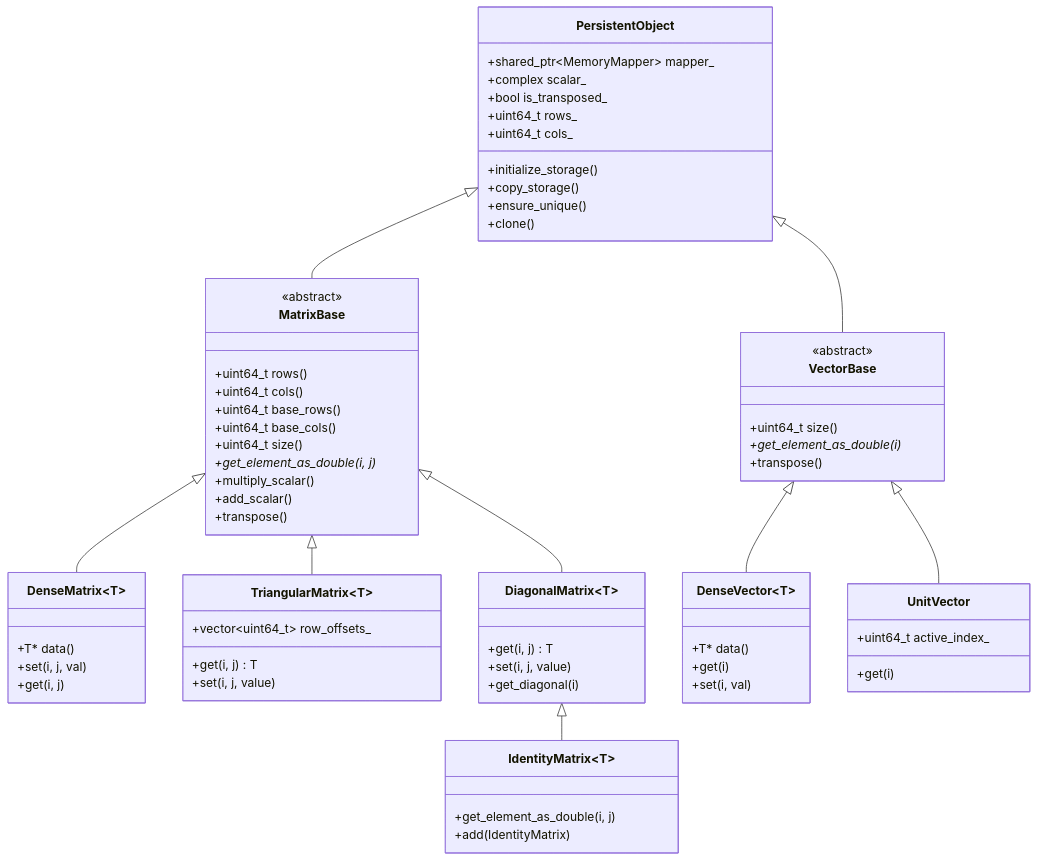
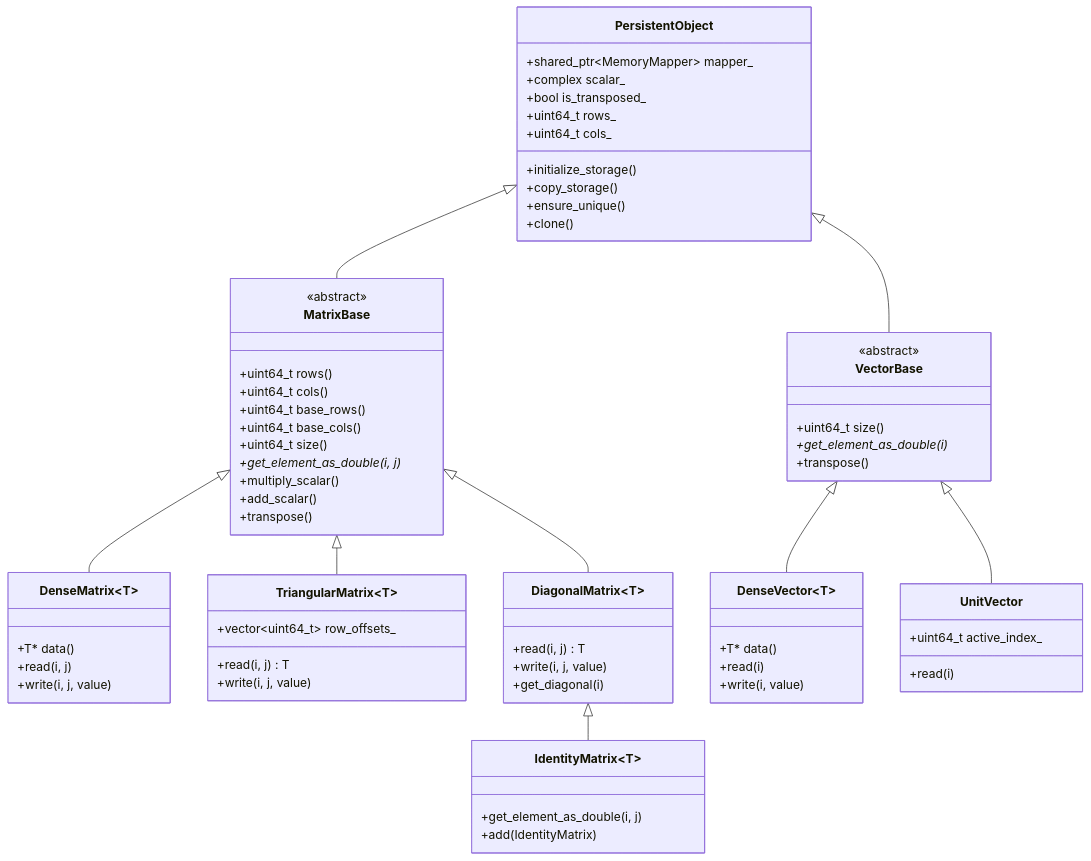
One commit to BrorH/pycauset changed the diagram in documentation/internals/Memory and Data.md. Above: the diagram before and after it, drawn with Mermaid. The commit also changed other lines of this file and 115 other files, not shown here.

````diff
--- a/documentation/internals/Memory and Data.md
+++ b/documentation/internals/Memory and Data.md
@@ -108,77 +109,77 @@
 ```mermaid
 classDiagram
     class PersistentObject {
         +shared_ptr~MemoryMapper~ mapper_
         +complex scalar_
         +bool is_transposed_
         +uint64_t rows_
         +uint64_t cols_
         +initialize_storage()
         +copy_storage()
         +ensure_unique()
         +clone()
     }
     
     class MatrixBase {
         <<abstract>>
         +uint64_t rows()
         +uint64_t cols()
         +uint64_t base_rows()
         +uint64_t base_cols()
         +uint64_t size()
         +get_element_as_double(i, j)*
         +multiply_scalar()
         +add_scalar()
         +transpose()
     }
 
     class VectorBase {
         <<abstract>>
         +uint64_t size()
         +get_element_as_double(i)*
         +transpose()
     }
     
     class DenseMatrix~T~ {
         +T* data()
-        +set(i, j, val)
-        +get(i, j)
+        +read(i, j)
+        +write(i, j, value)
     }
     
     class TriangularMatrix~T~ {
         +vector~uint64_t~ row_offsets_
-        +get(i, j) T
-        +set(i, j, value)
+        +read(i, j) T
+        +write(i, j, value)
     }
 
     class DiagonalMatrix~T~ {
-        +get(i, j) T
-        +set(i, j, value)
+        +read(i, j) T
+        +write(i, j, value)
         +get_diagonal(i)
     }
 
     class IdentityMatrix~T~ {
         +get_element_as_double(i, j)
         +add(IdentityMatrix)
     }
 
     class DenseVector~T~ {
         +T* data()
-        +get(i)
-        +set(i, val)
+        +read(i)
+        +write(i, value)
     }
 
     class UnitVector {
         +uint64_t active_index_
-        +get(i)
+        +read(i)
     }
 
     PersistentObject <|-- MatrixBase
     PersistentObject <|-- VectorBase
     MatrixBase <|-- DenseMatrix
     MatrixBase <|-- TriangularMatrix
     MatrixBase <|-- DiagonalMatrix
     DiagonalMatrix <|-- IdentityMatrix
     VectorBase <|-- DenseVector
     VectorBase <|-- UnitVector
 ```
````
